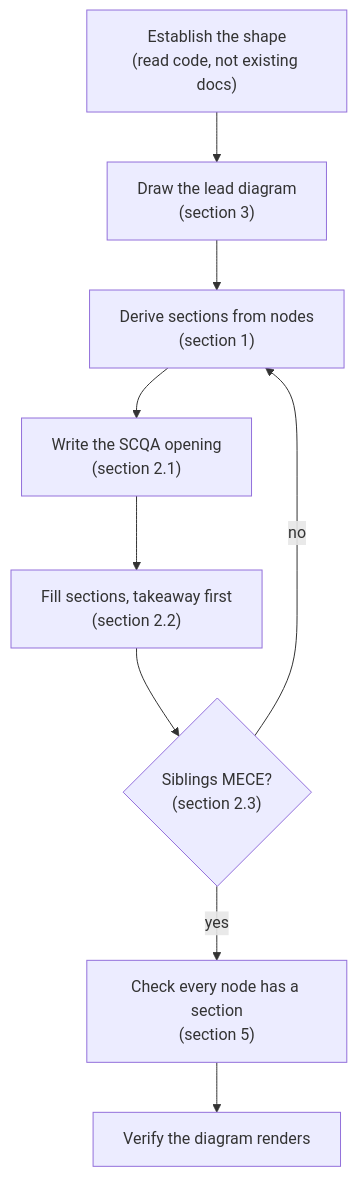
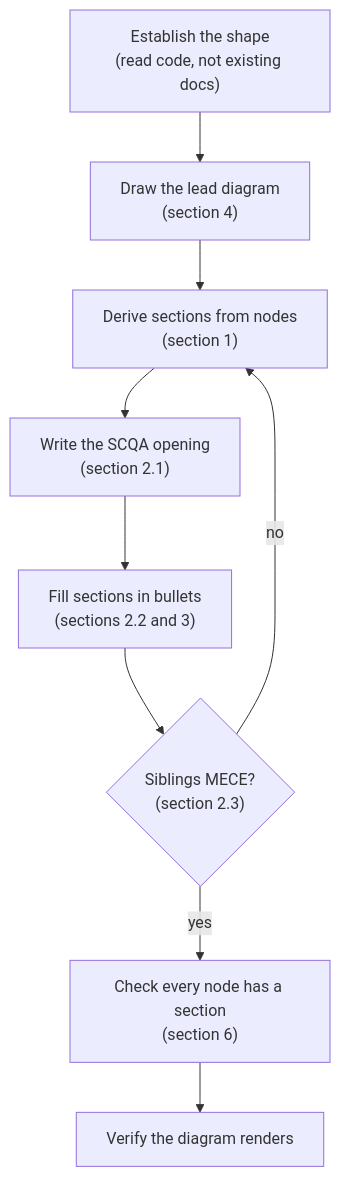
One commit to ac8318740/spechub changed the first of 2 diagrams in skills/visual-docs/SKILL.md. Above: the diagram before and after it, drawn with Mermaid. The commit also changed other lines of this file and 2 other files, not shown here.

````diff
--- a/skills/visual-docs/SKILL.md
+++ b/skills/visual-docs/SKILL.md
@@ -14,11 +14,11 @@
 ```mermaid
 flowchart TD
-    A["Establish the shape<br/>(read code, not existing docs)"] --> B["Draw the lead diagram<br/>(section 3)"]
+    A["Establish the shape<br/>(read code, not existing docs)"] --> B["Draw the lead diagram<br/>(section 4)"]
     B --> C["Derive sections from nodes<br/>(section 1)"]
     C --> D["Write the SCQA opening<br/>(section 2.1)"]
-    D --> E["Fill sections, takeaway first<br/>(section 2.2)"]
+    D --> E["Fill sections in bullets<br/>(sections 2.2 and 3)"]
     E --> F{"Siblings MECE?<br/>(section 2.3)"}
     F -->|no| C
-    F -->|yes| G["Check every node has a section<br/>(section 5)"]
+    F -->|yes| G["Check every node has a section<br/>(section 6)"]
     G --> H["Verify the diagram renders"]
 ```
````
